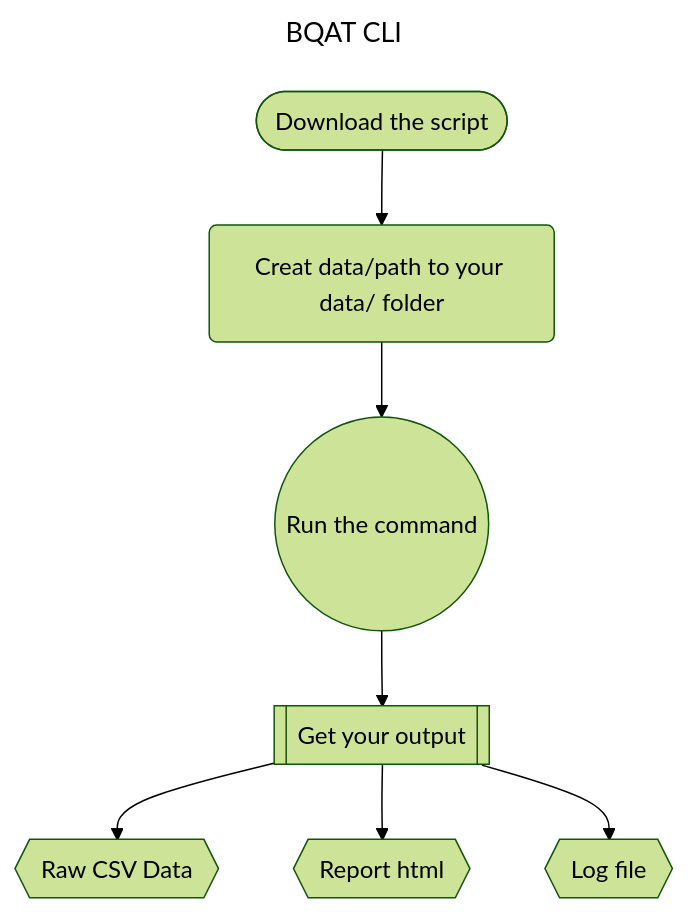
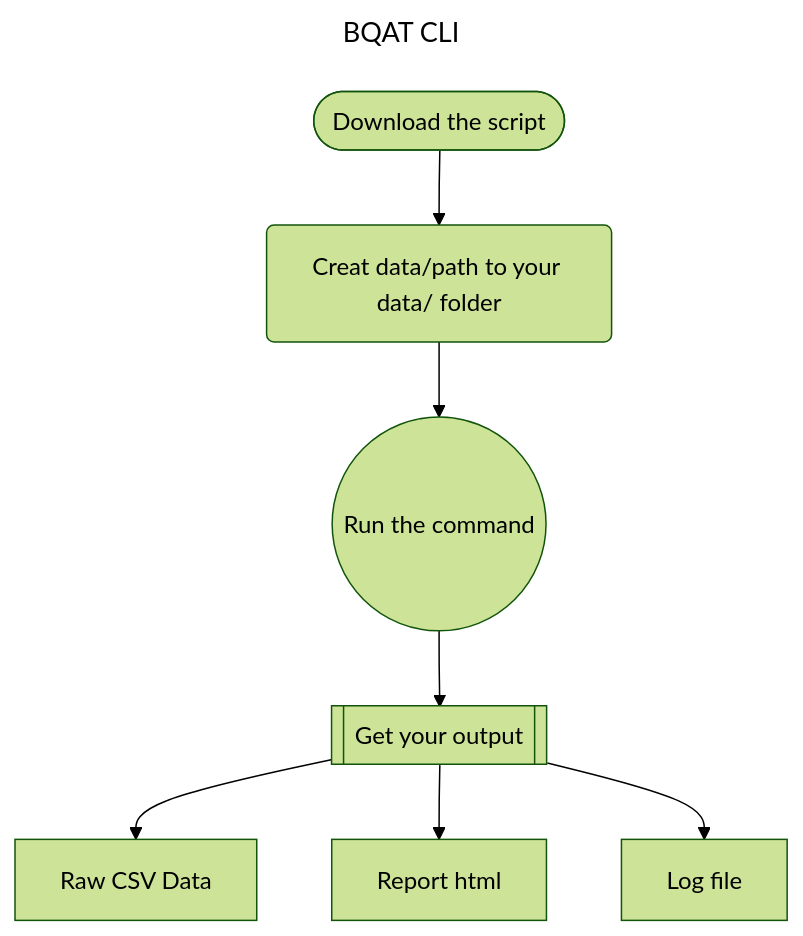
One commit to Biometix/biometix.github.io changed the diagram in solutions/cli.md. Above: the diagram before and after it, drawn with Mermaid (forest theme). The commit also changed other lines of this file and 3 other files, not shown here.

````diff
--- a/solutions/cli.md
+++ b/solutions/cli.md
@@ -22,13 +25,13 @@
 ``` mermaid
 ---
 title: BQAT CLI
 ---
 graph TD
     download([Download the script]) --> data(Creat data/path to your data/ folder)
     data(Creat data/path to your data/ folder) --> run((Run the command))
     run((Run the command)) --> output[[Get your output]]
-    output[[Get your output]] --> csv{{Raw CSV Data}}
-    output[[Get your output]] --> report{{Report html}}
-    output[[Get your output]] --> log{{Log file}}
+    output[[Get your output]] --> csv[Raw CSV Data]
+    output[[Get your output]] --> report[Report html]
+    output[[Get your output]] --> log[Log file]
 
 ```
````
